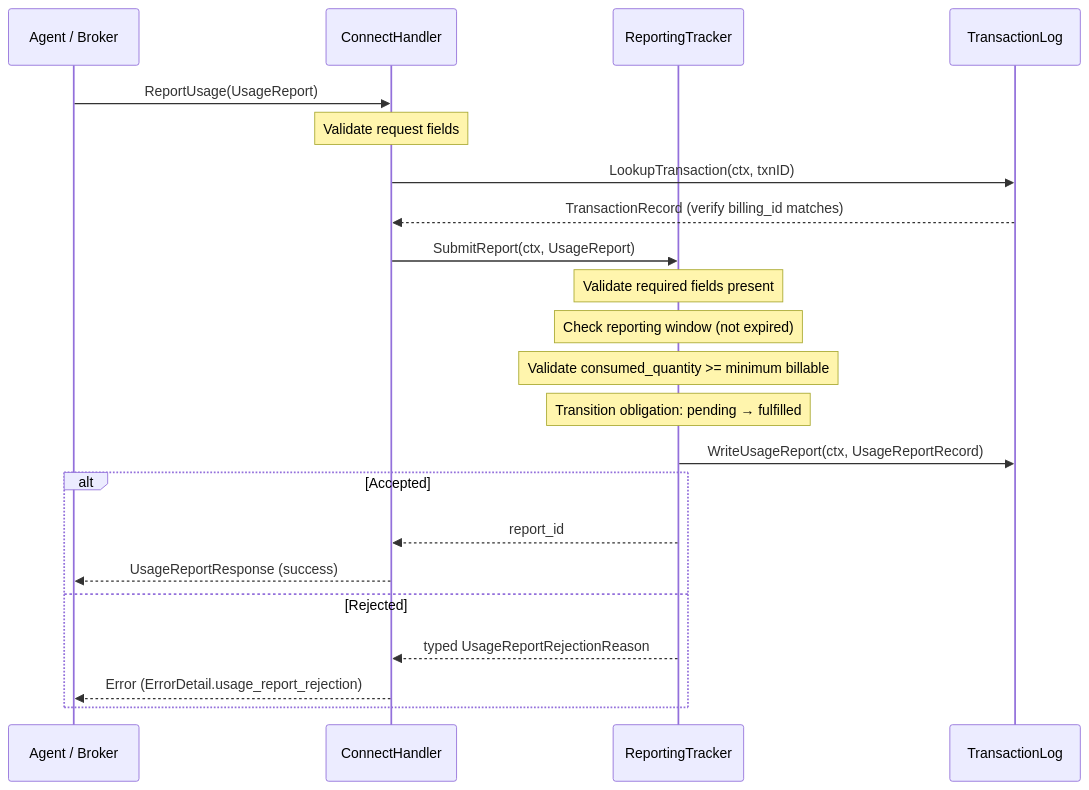
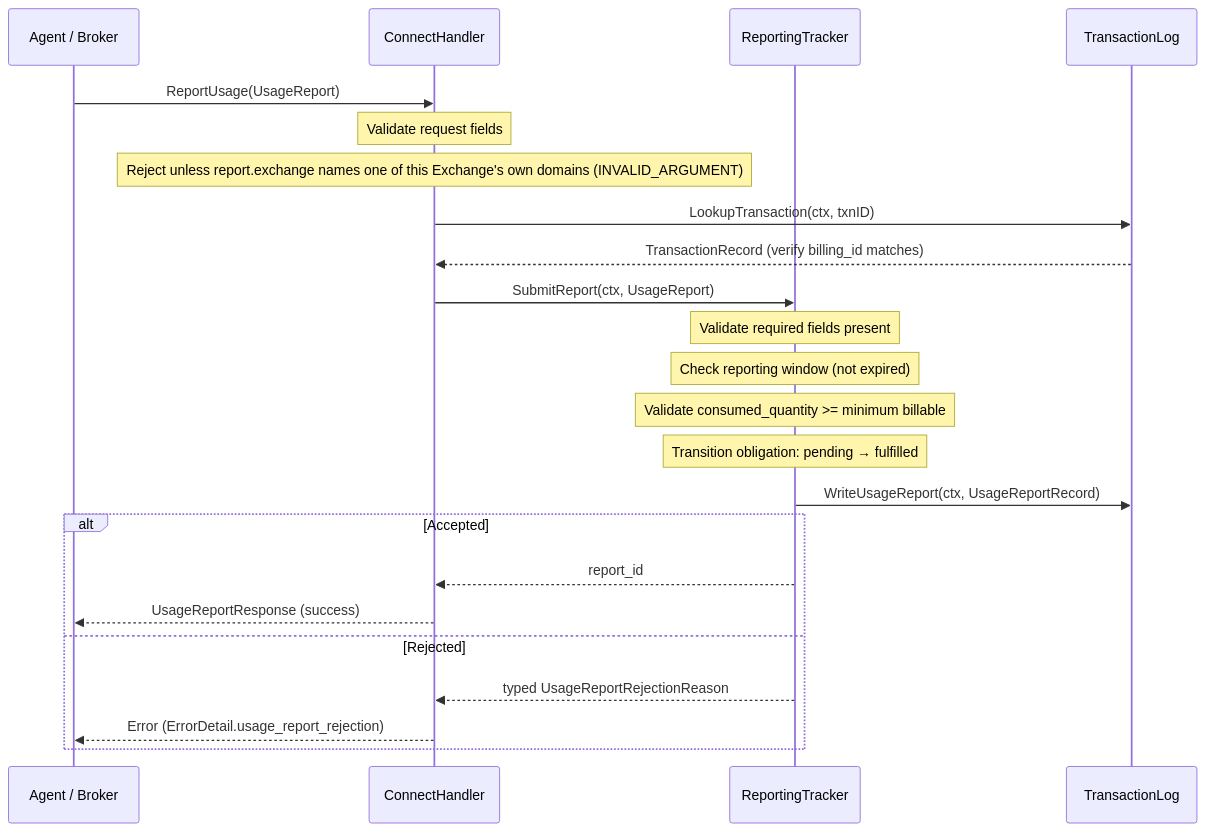
The third of 5 diagrams in website/src/content/docs/components/exchange/request-flows.mdx (RAMP-Protocol/protocol), drawn with Mermaid before and after one commit. The commit also changed other lines of this file and 32 other files, not shown here.

````diff
--- a/website/src/content/docs/components/exchange/request-flows.mdx
+++ b/website/src/content/docs/components/exchange/request-flows.mdx
@@ -694,31 +696,32 @@
 ```mermaid
 sequenceDiagram
     participant Agent as Agent / Broker
     participant Handler as ConnectHandler
     participant RT as ReportingTracker
     participant TxLog as TransactionLog
 
     Agent->>Handler: ReportUsage(UsageReport)
 
     Note over Handler: Validate request fields
+    Note over Handler: Reject unless report.exchange names one of this Exchange's own domains (INVALID_ARGUMENT)
 
     Handler->>TxLog: LookupTransaction(ctx, txnID)
     TxLog-->>Handler: TransactionRecord (verify billing_id matches)
 
     Handler->>RT: SubmitReport(ctx, UsageReport)
 
     Note over RT: Validate required fields present
     Note over RT: Check reporting window (not expired)
     Note over RT: Validate consumed_quantity >= minimum billable
     Note over RT: Transition obligation: pending → fulfilled
 
     RT->>TxLog: WriteUsageReport(ctx, UsageReportRecord)
 
     alt Accepted
         RT-->>Handler: report_id
         Handler-->>Agent: UsageReportResponse (success)
     else Rejected
         RT-->>Handler: typed UsageReportRejectionReason
         Handler-->>Agent: Error (ErrorDetail.usage_report_rejection)
     end
 ```
````
